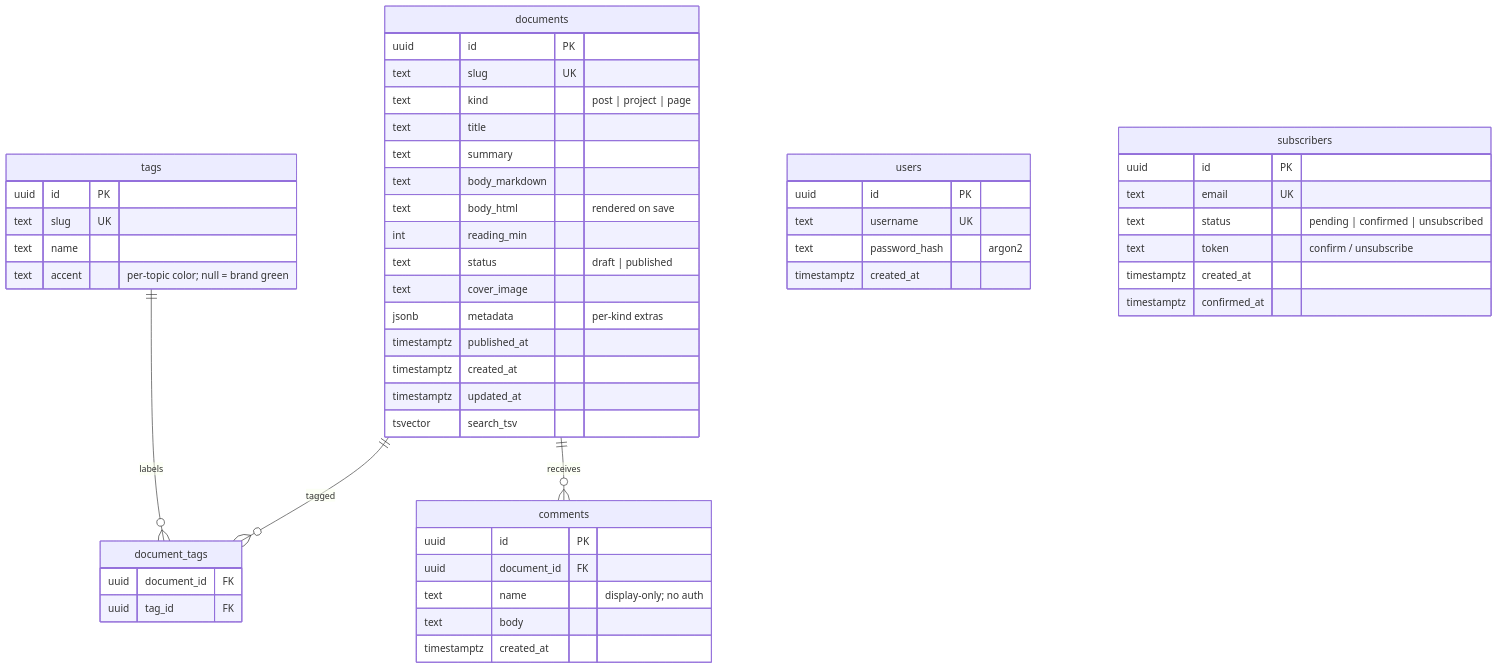
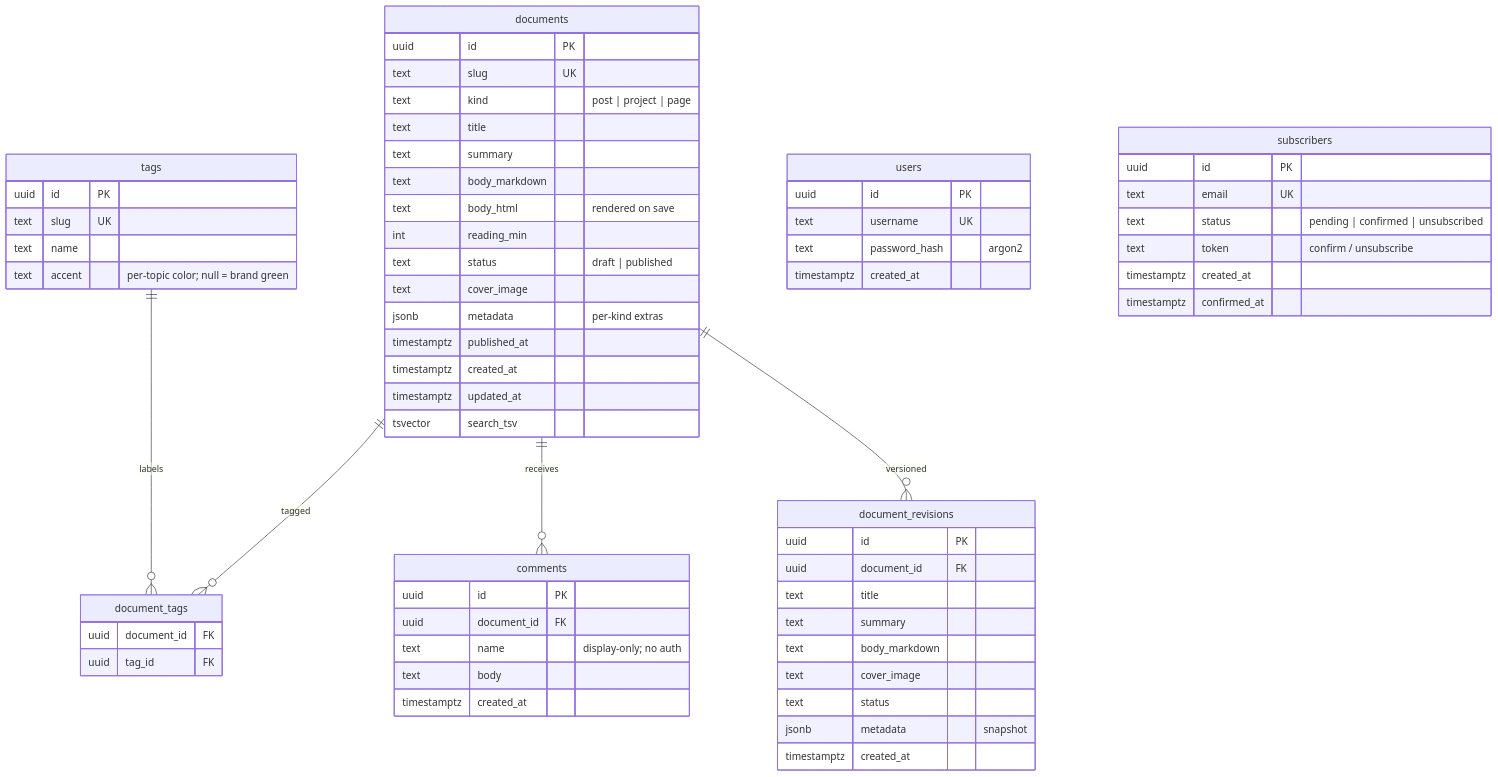
The fifth of 5 diagrams in docs/ARCHITECTURE.md (genuinebnt/genuine.dev), drawn with Mermaid before and after one commit. The commit also changed other lines of this file and 22 other files, not shown here.

````diff
--- a/docs/ARCHITECTURE.md
+++ b/docs/ARCHITECTURE.md
@@ -126,55 +126,67 @@
 ```mermaid
 erDiagram
     documents ||--o{ document_tags : "tagged"
     tags ||--o{ document_tags : "labels"
     documents ||--o{ comments : "receives"
+    documents ||--o{ document_revisions : "versioned"
 
     documents {
         uuid id PK
         text slug UK
         text kind "post | project | page"
         text title
         text summary
         text body_markdown
         text body_html "rendered on save"
         int reading_min
         text status "draft | published"
         text cover_image
         jsonb metadata "per-kind extras"
         timestamptz published_at
         timestamptz created_at
         timestamptz updated_at
         tsvector search_tsv
     }
     tags {
         uuid id PK
         text slug UK
         text name
         text accent "per-topic color; null = brand green"
     }
     document_tags {
         uuid document_id FK
         uuid tag_id FK
     }
     users {
         uuid id PK
         text username UK
         text password_hash "argon2"
         timestamptz created_at
     }
     subscribers {
         uuid id PK
         text email UK
         text status "pending | confirmed | unsubscribed"
         text token "confirm / unsubscribe"
         timestamptz created_at
         timestamptz confirmed_at
     }
     comments {
         uuid id PK
         uuid document_id FK
         text name "display-only; no auth"
         text body
         timestamptz created_at
     }
+    document_revisions {
+        uuid id PK
+        uuid document_id FK
+        text title
+        text summary
+        text body_markdown
+        text cover_image
+        text status
+        jsonb metadata "snapshot"
+        timestamptz created_at
+    }
 ```
````
